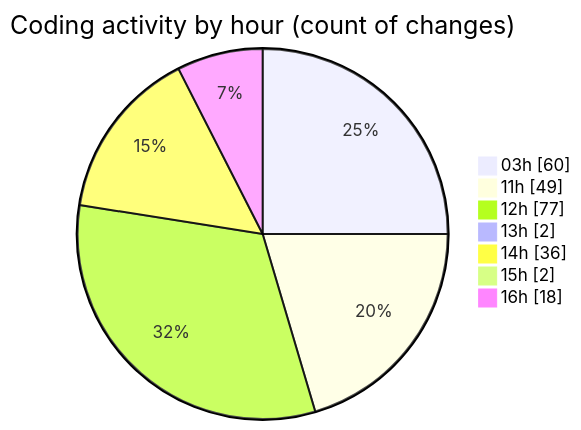
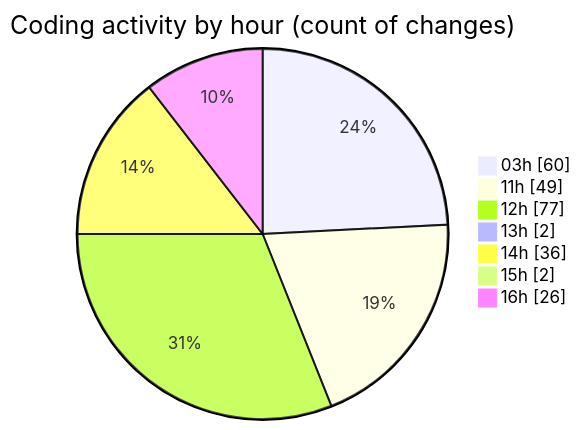
The second of 2 diagrams in 2025-07-02/mern-thinkboard/README.md (Ritupan-Deka/code-tracking), drawn with Mermaid before and after one commit. The commit also changed other lines of this file and 1 other file, not shown here.

````diff
--- a/2025-07-02/mern-thinkboard/README.md
+++ b/2025-07-02/mern-thinkboard/README.md
@@ -39,11 +39,11 @@
 ```mermaid
 pie showData
 title Coding activity by hour (count of changes)
 "03h" : 60
 "11h" : 49
 "12h" : 77
 "13h" : 2
 "14h" : 36
 "15h" : 2
-"16h" : 18
+"16h" : 26
 ```
````
